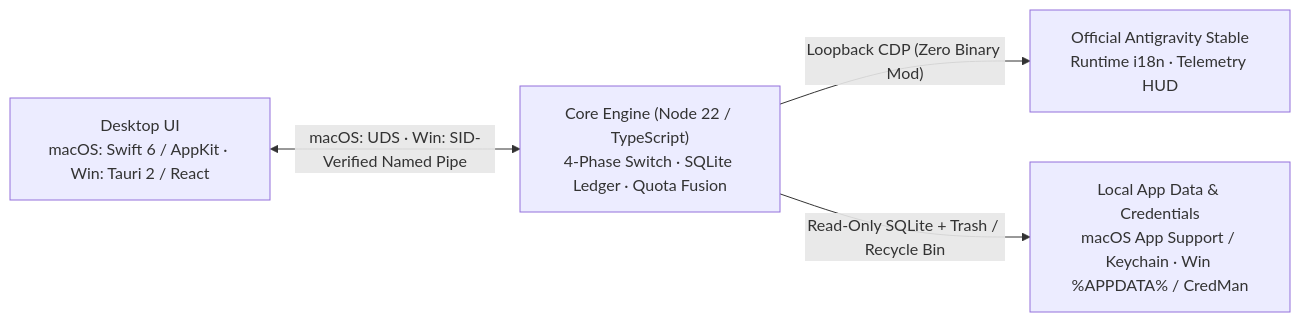
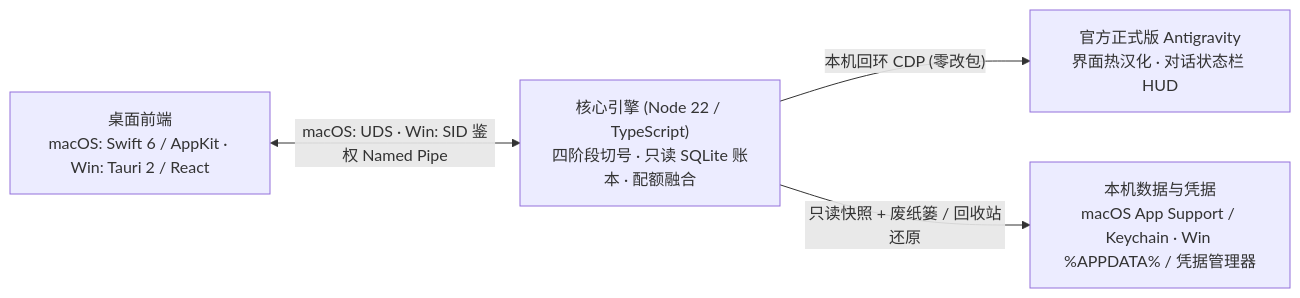
One commit to Agonie0v0/gravitybox changed the diagram in README.md. Above: the diagram before and after it, drawn with Mermaid. The commit also changed other lines of this file and 3 other files, not shown here.

````diff
--- a/README.md
+++ b/README.md
@@ -307,6 +307,6 @@
 ```mermaid
 flowchart LR
-  UI["Desktop UI<br/>macOS: Swift 6 / AppKit · Win: Tauri 2 / React"] <-->|"macOS: UDS · Win: SID-Verified Named Pipe"| Core["Core Engine (Node 22 / TypeScript)<br/>4-Phase Switch · SQLite Ledger · Quota Fusion"]
-  Core -->|"Loopback CDP (Zero Binary Mod)"| IDE["Official Antigravity Stable<br/>Runtime i18n · Telemetry HUD"]
-  Core -->|"Read-Only SQLite + Trash / Recycle Bin"| Local["Local App Data & Credentials<br/>macOS App Support / Keychain · Win %APPDATA% / CredMan"]
+  UI["桌面前端<br/>macOS: Swift 6 / AppKit · Win: Tauri 2 / React"] <-->|"macOS: UDS · Win: SID 鉴权 Named Pipe"| Core["核心引擎 (Node 22 / TypeScript)<br/>四阶段切号 · 只读 SQLite 账本 · 配额融合"]
+  Core -->|"本机回环 CDP (零改包)"| IDE["官方正式版 Antigravity<br/>界面热汉化 · 对话状态栏 HUD"]
+  Core -->|"只读快照 + 废纸篓 / 回收站还原"| Local["本机数据与凭据<br/>macOS App Support / Keychain · Win %APPDATA% / 凭据管理器"]
 ```
````
